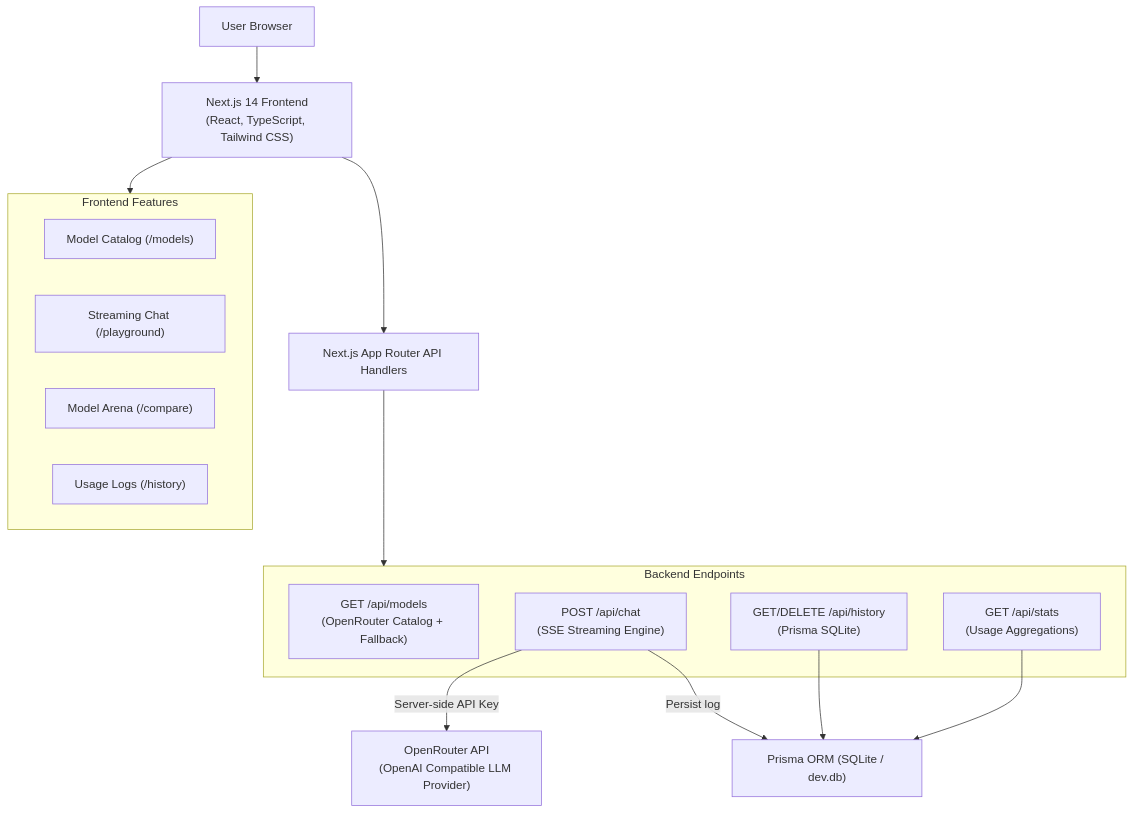
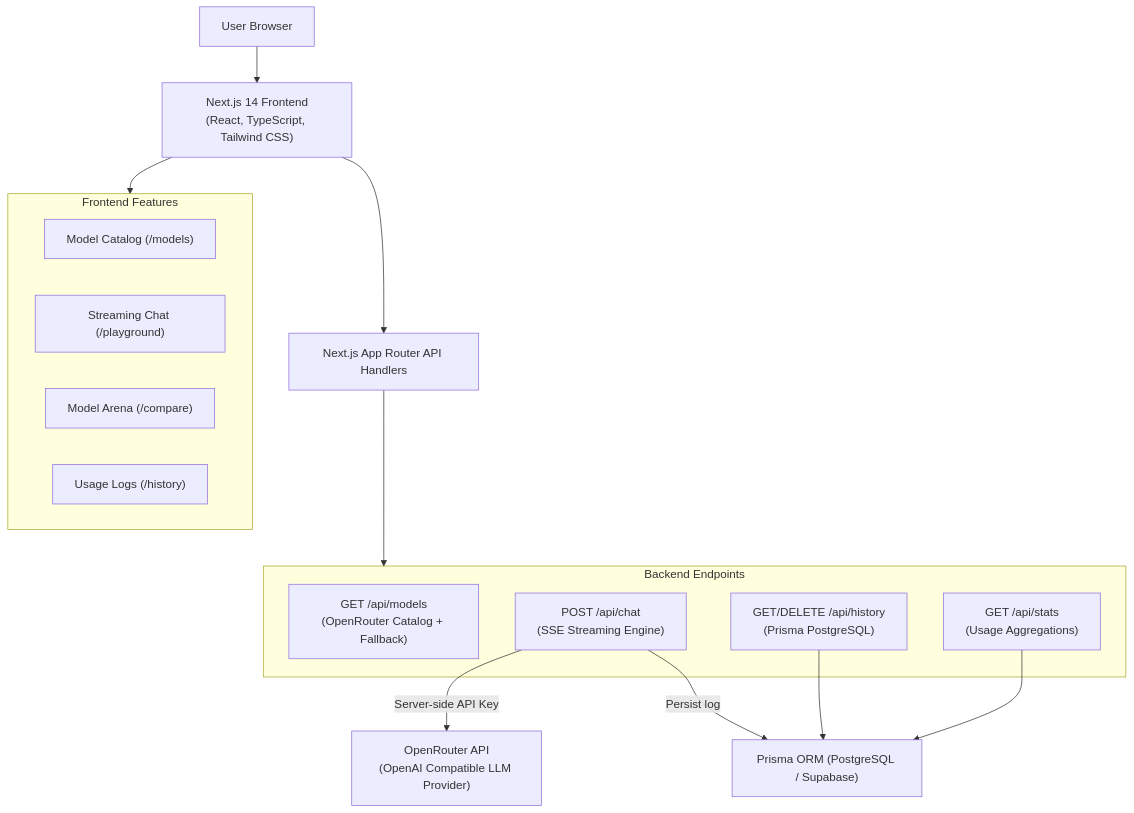
The diagram in README.md (ER-RIFA/ai_model_playground), drawn with Mermaid before and after one commit. The commit also changed other lines of this file and 14 other files, not shown here.

````diff
--- a/README.md
+++ b/README.md
@@ -40,29 +40,29 @@
 ```mermaid
 flowchart TD
     User["User Browser"] --> NextFrontend["Next.js 14 Frontend\n(React, TypeScript, Tailwind CSS)"]
     
     subgraph FrontendFeatures ["Frontend Features"]
         Discovery["Model Catalog (/models)"]
         Playground["Streaming Chat (/playground)"]
         Arena["Model Arena (/compare)"]
         HistoryUI["Usage Logs (/history)"]
     end
     
     NextFrontend --> FrontendFeatures
     
     NextFrontend --> RouteHandlers["Next.js App Router API Handlers"]
     
     subgraph BackendAPI ["Backend Endpoints"]
         ModelsAPI["GET /api/models\n(OpenRouter Catalog + Fallback)"]
         ChatAPI["POST /api/chat\n(SSE Streaming Engine)"]
-        HistoryAPI["GET/DELETE /api/history\n(Prisma SQLite)"]
+        HistoryAPI["GET/DELETE /api/history\n(Prisma PostgreSQL)"]
         StatsAPI["GET /api/stats\n(Usage Aggregations)"]
     end
     
     RouteHandlers --> BackendAPI
     
     ChatAPI -->|"Server-side API Key"| OpenRouterAPI["OpenRouter API\n(OpenAI Compatible LLM Provider)"]
-    ChatAPI -->|"Persist log"| PrismaClient["Prisma ORM (SQLite / dev.db)"]
+    ChatAPI -->|"Persist log"| PrismaClient["Prisma ORM (PostgreSQL / Supabase)"]
     HistoryAPI --> PrismaClient
     StatsAPI --> PrismaClient
 ```
````
